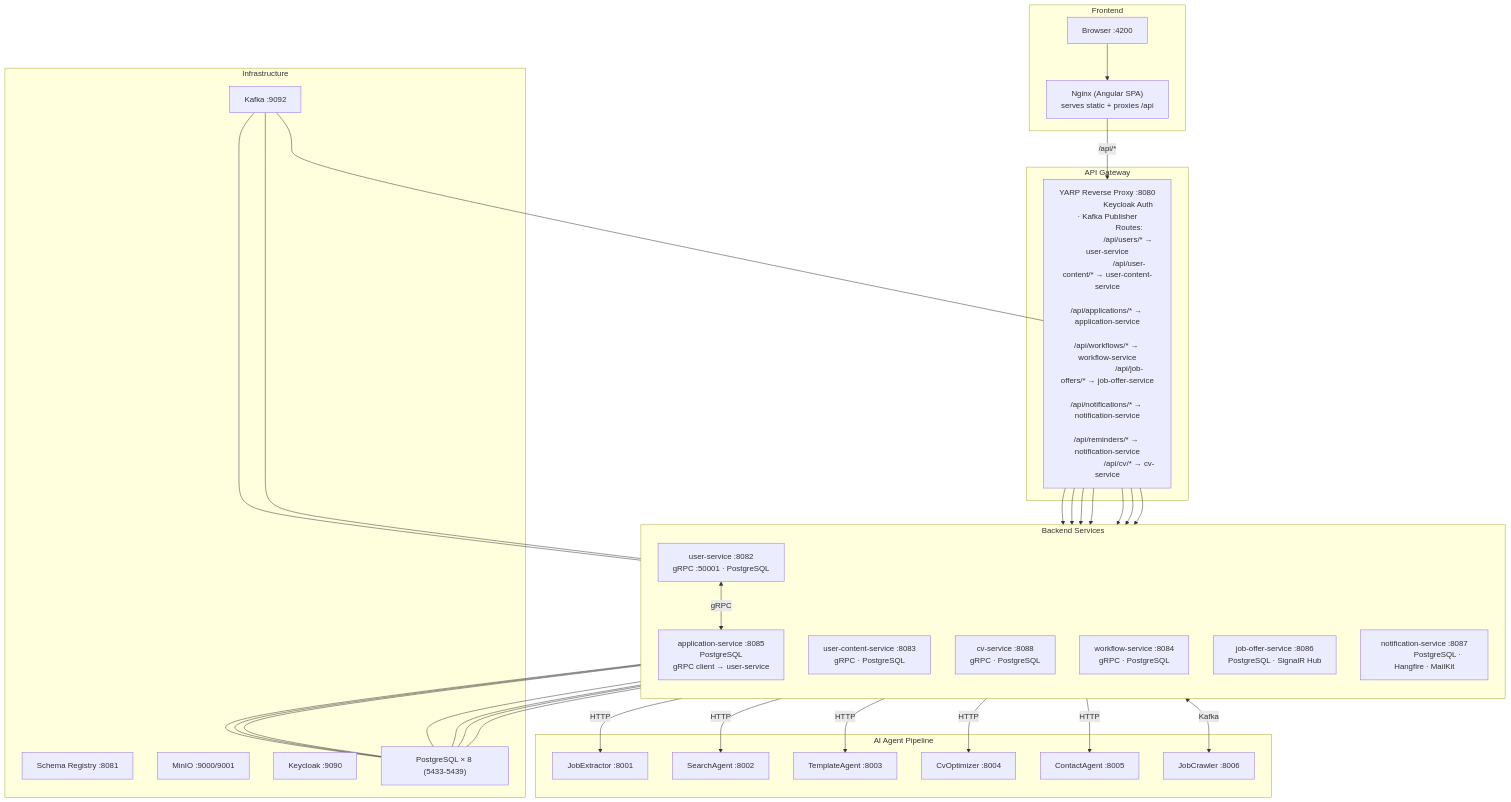
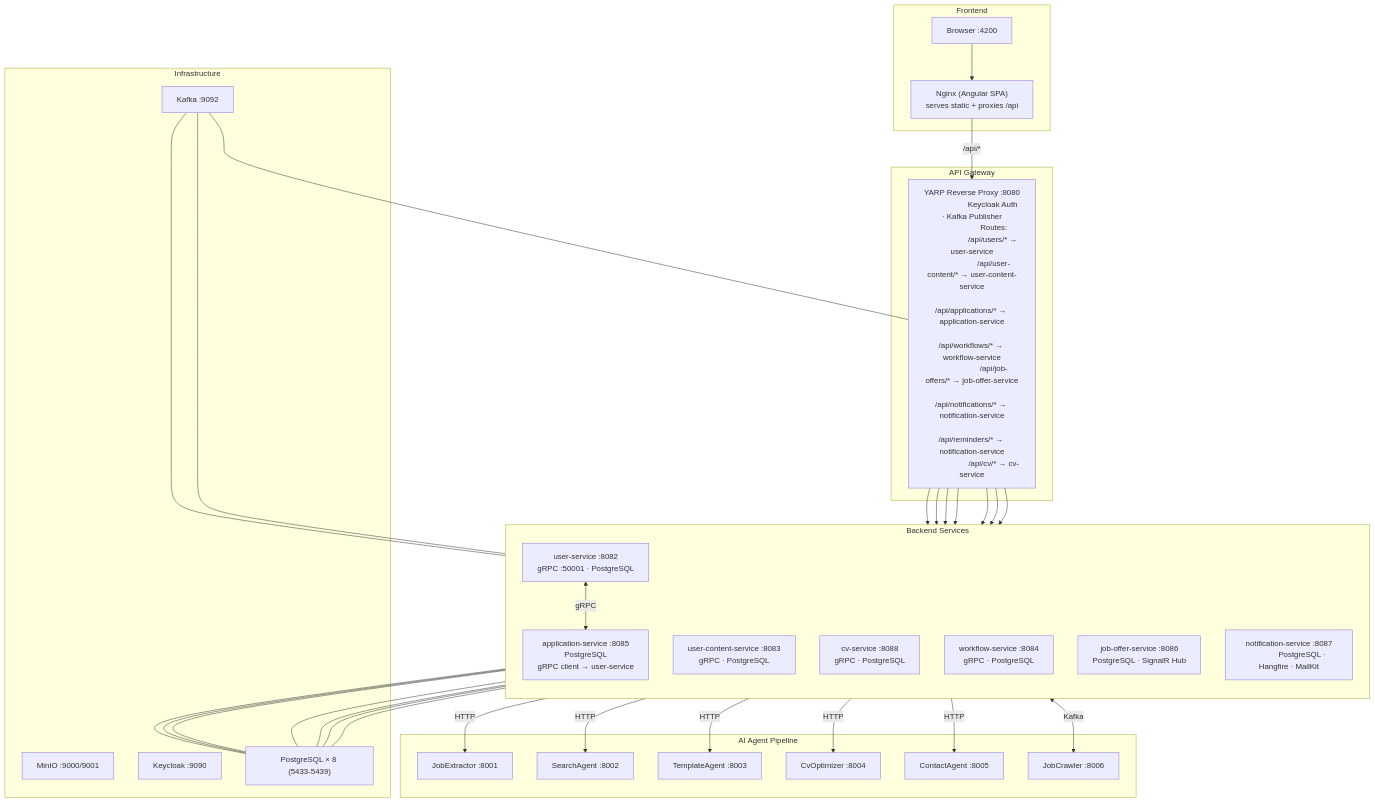
One commit to BilalMagg/CV-Generator changed the first of 3 diagrams in readme.md. Above: the diagram before and after it, drawn with Mermaid. The commit also changed other lines of this file and 5 other files, not shown here.

First line of the commit message:
feat: configure Keycloak identity providers (Google, GitHub) at runtime + remove schema-registry

````diff
--- a/readme.md
+++ b/readme.md
@@ -17,72 +17,72 @@
 ```mermaid
 flowchart TB
     subgraph Frontend["Frontend"]
         Browser["Browser :4200"]
         Nginx["Nginx (Angular SPA)
               serves static + proxies /api"]
     end
 
     subgraph Gateway["API Gateway"]
         APIGateway["YARP Reverse Proxy :8080
                     Keycloak Auth · Kafka Publisher
                     Routes:
                     /api/users/* → user-service
                     /api/user-content/* → user-content-service
                     /api/applications/* → application-service
                     /api/workflows/* → workflow-service
                     /api/job-offers/* → job-offer-service
                     /api/notifications/* → notification-service
                     /api/reminders/* → notification-service
                     /api/cv/* → cv-service"]
     end
 
     subgraph Services["Backend Services"]
         direction TB
         US["user-service :8082
             gRPC :50001 · PostgreSQL"]
         UCS["user-content-service :8083
              gRPC · PostgreSQL"]
         CVS["cv-service :8088
              gRPC · PostgreSQL"]
         WFS["workflow-service :8084
              gRPC · PostgreSQL"]
         APS["application-service :8085
              PostgreSQL
              gRPC client → user-service"]
         JOS["job-offer-service :8086
              PostgreSQL · SignalR Hub"]
         NS["notification-service :8087
              PostgreSQL · Hangfire · MailKit"]
     end
 
     subgraph AI["AI Agent Pipeline"]
         JE["JobExtractor :8001"]
         SA["SearchAgent :8002"]
         TA["TemplateAgent :8003"]
         CO["CvOptimizer :8004"]
         CA["ContactAgent :8005"]
         JC["JobCrawler :8006"]
     end
 
     subgraph Infra["Infrastructure"]
         Kafka["Kafka :9092"]
-        SR["Schema Registry :8081"]
+
         MinIO["MinIO :9000/9001"]
         Keycloak["Keycloak :9090"]
         PG["PostgreSQL × 8 (5433‑5439)"]
     end
 
     Browser --> Nginx -->|/api/*| APIGateway
     APIGateway --> US & UCS & CVS & WFS & APS & JOS & NS
     US <-->|gRPC| APS
     WFS -->|HTTP| JE & SA & TA & CO & CA
     JOS <-->|Kafka| JC
     Kafka --- JOS & NS & APIGateway
     US --- PG
     UCS --- PG
     CVS --- PG
     WFS --- PG
     APS --- PG
     JOS --- PG
     NS --- PG
 ```
````
